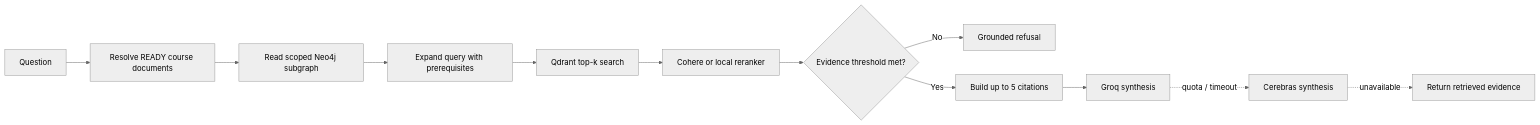
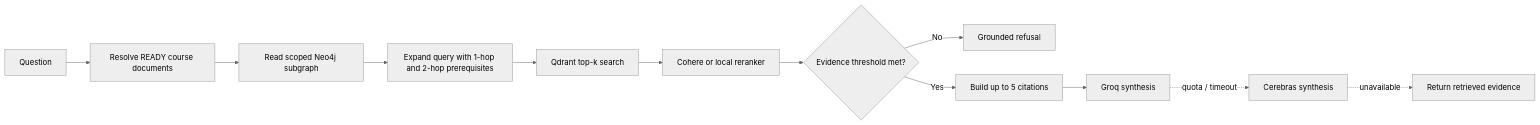
The third of 3 diagrams in README.md (Ninjax26/conceptgraph-portfolio), drawn with Mermaid (neutral theme) before and after one commit. The commit also changed other lines of this file and 7 other files, not shown here.

Commit message:
feat: add bounded two-hop graph retrieval

````diff
--- a/README.md
+++ b/README.md
@@ -147,14 +147,14 @@
 ```mermaid
 flowchart LR
   Question --> Ready[Resolve READY course documents]
   Ready --> Graph[Read scoped Neo4j subgraph]
-  Graph --> Expand[Expand query with prerequisites]
+  Graph --> Expand[Expand query with 1-hop and 2-hop prerequisites]
   Expand --> Vector[Qdrant top-k search]
   Vector --> Rerank[Cohere or local reranker]
   Rerank --> Evidence{Evidence threshold met?}
   Evidence -- No --> Refuse[Grounded refusal]
   Evidence -- Yes --> Sources[Build up to 5 citations]
   Sources --> Primary[Groq synthesis]
   Primary -. quota / timeout .-> Secondary[Cerebras synthesis]
   Secondary -. unavailable .-> Passages[Return retrieved evidence]
 ```
````
